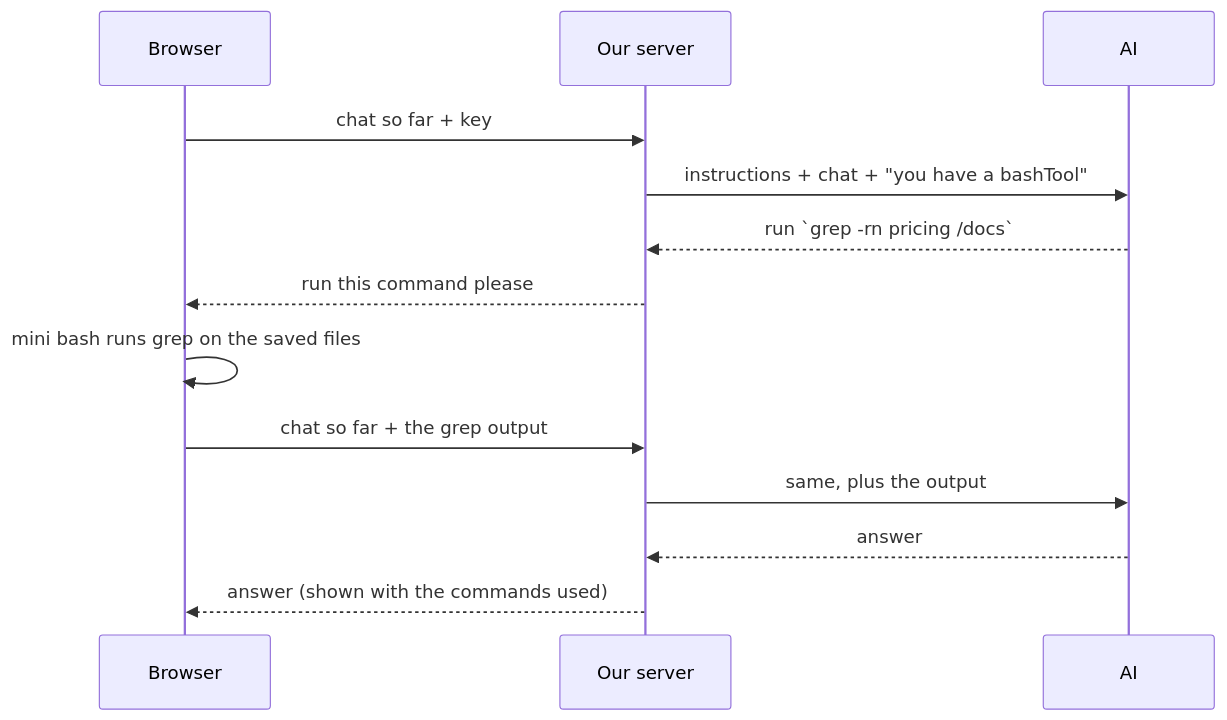
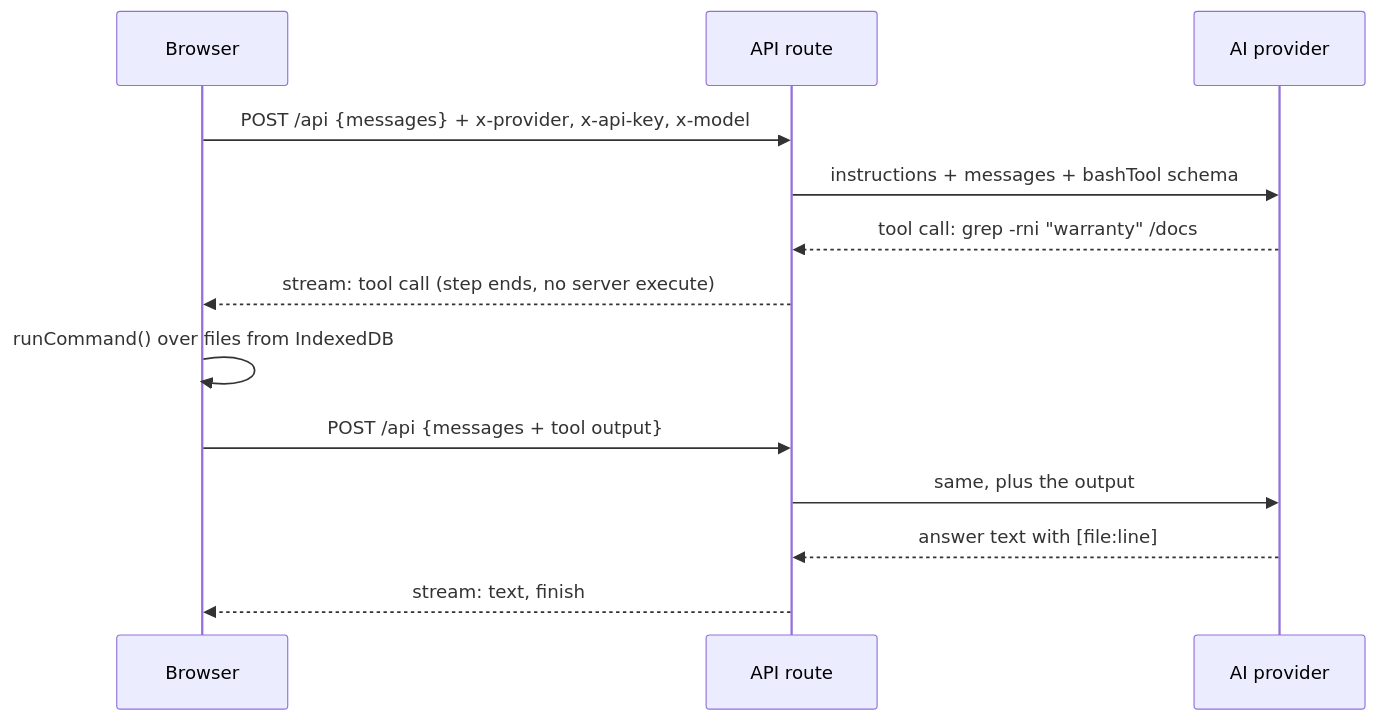
One commit to khushpanchal/filesystem-agent changed the second of 2 diagrams in docs/hld.md. Above: the diagram before and after it, drawn with Mermaid. The commit also changed other lines of this file and 24 other files, not shown here.

````diff
--- a/docs/hld.md
+++ b/docs/hld.md
@@ -67,15 +66,15 @@
 ```mermaid
 sequenceDiagram
   participant B as Browser
-  participant S as Our server
-  participant M as AI
-  B->>S: chat so far + key
-  S->>M: instructions + chat + "you have a bashTool"
-  M-->>S: run `grep -rn pricing /docs`
-  S-->>B: run this command please
-  B->>B: mini bash runs grep on the saved files
-  B->>S: chat so far + the grep output
+  participant S as API route
+  participant M as AI provider
+  B->>S: POST /api {messages} + x-provider, x-api-key, x-model
+  S->>M: instructions + messages + bashTool schema
+  M-->>S: tool call: grep -rni "warranty" /docs
+  S-->>B: stream: tool call (step ends, no server execute)
+  B->>B: runCommand() over files from IndexedDB
+  B->>S: POST /api {messages + tool output}
   S->>M: same, plus the output
-  M-->>S: answer
-  S-->>B: answer (shown with the commands used)
+  M-->>S: answer text with [file:line]
+  S-->>B: stream: text, finish
 ```
````
